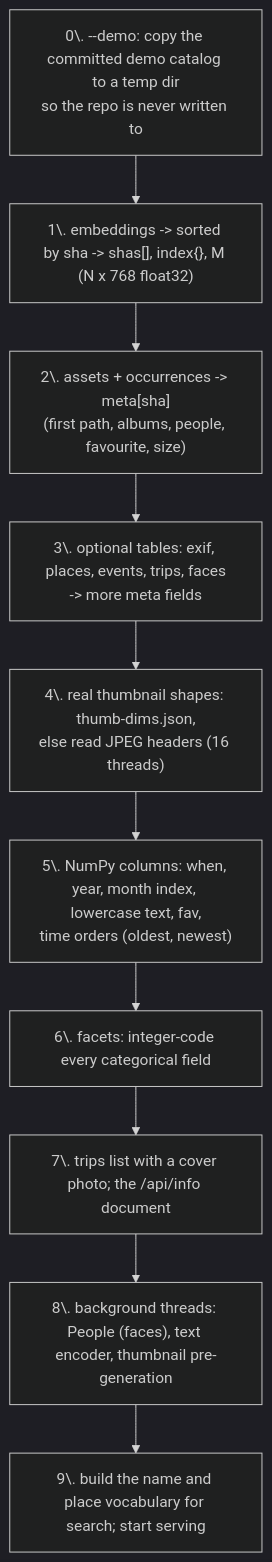
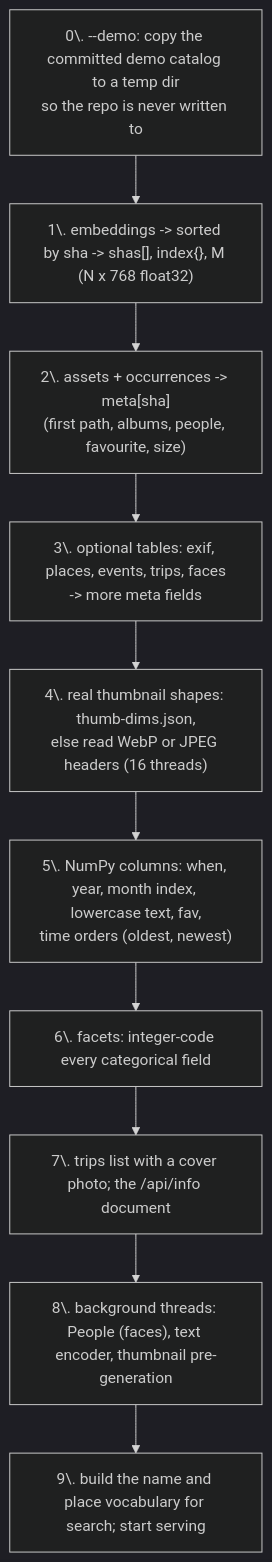
One commit to jflam/photo-estate changed the third of 6 diagrams in docs/book/11-server.md. Above: the diagram before and after it, drawn with Mermaid (dark theme). The commit also changed other lines of this file and 6 other files, not shown here.

````diff
--- a/docs/book/11-server.md
+++ b/docs/book/11-server.md
@@ -160,13 +160,13 @@
 ```mermaid
 flowchart TD
     S0["0\. --demo: copy the committed demo catalog to a temp dir<br/>so the repo is never written to"] --> S1
     S1["1\. embeddings -> sorted by sha -> shas[], index{}, M (N x 768 float32)"] --> S2
     S2["2\. assets + occurrences -> meta[sha]<br/>(first path, albums, people, favourite, size)"] --> S3
     S3["3\. optional tables: exif, places, events, trips, faces<br/>-> more meta fields"] --> S4
-    S4["4\. real thumbnail shapes: thumb-dims.json,<br/>else read JPEG headers (16 threads)"] --> S5
+    S4["4\. real thumbnail shapes: thumb-dims.json,<br/>else read WebP or JPEG headers (16 threads)"] --> S5
     S5["5\. NumPy columns: when, year, month index, lowercase text, fav,<br/>time orders (oldest, newest)"] --> S6
     S6["6\. facets: integer-code every categorical field"] --> S7
     S7["7\. trips list with a cover photo; the /api/info document"] --> S8
     S8["8\. background threads: People (faces), text encoder, thumbnail pre-generation"] --> S9
     S9["9\. build the name and place vocabulary for search; start serving"]
 ```
````
